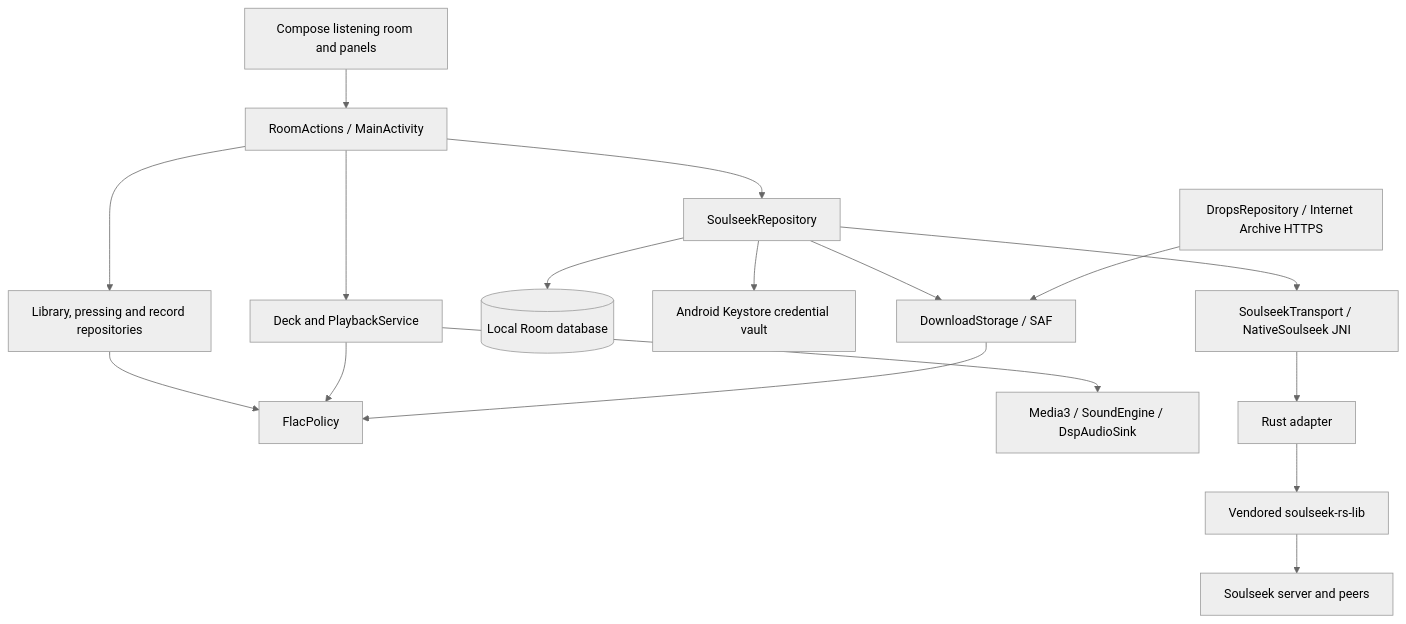
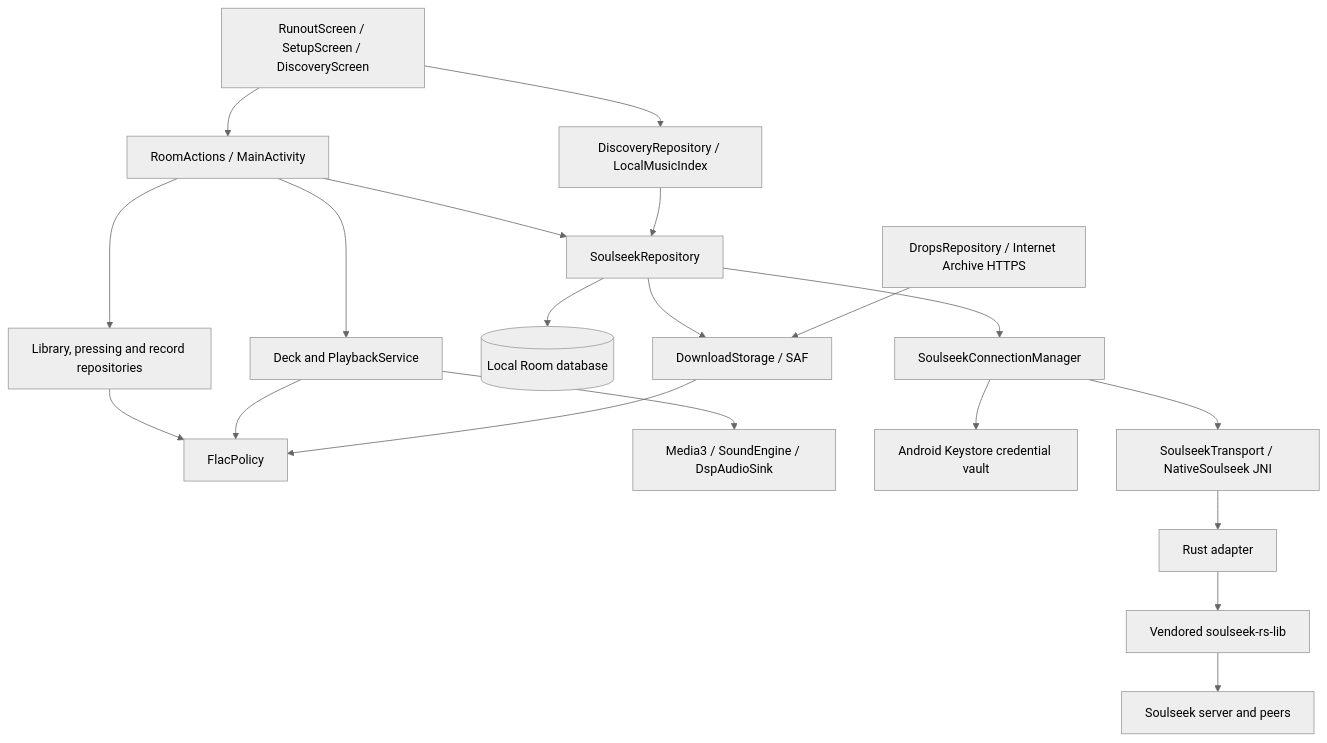
The diagram in docs/ARCHITECTURE.md (Abhinandan-Khurana/Sonic), drawn with Mermaid (neutral theme) before and after one commit. The commit also changed other lines of this file and 59 other files, not shown here.

Commit message:
fix(soulseek): stabilize sessions and stream FLAC discovery with guided setup

````diff
--- a/docs/ARCHITECTURE.md
+++ b/docs/ARCHITECTURE.md
@@ -5,19 +5,22 @@
 ```mermaid
 flowchart TD
-    UI[Compose listening room and panels] --> Actions[RoomActions / MainActivity]
+    UI[RunoutScreen / SetupScreen / DiscoveryScreen] --> Actions[RoomActions / MainActivity]
     Actions --> Library[Library, pressing and record repositories]
     Actions --> Soulseek[SoulseekRepository]
     Actions --> Deck[Deck and PlaybackService]
     Library --> FLAC[FlacPolicy]
     Deck --> FLAC
     Deck --> Audio[Media3 / SoundEngine / DspAudioSink]
     Soulseek --> DB[(Local Room database)]
-    Soulseek --> Vault[Android Keystore credential vault]
+    Soulseek --> Connection[SoulseekConnectionManager]
+    Connection --> Vault[Android Keystore credential vault]
+    UI --> Discovery[DiscoveryRepository / LocalMusicIndex]
+    Discovery --> Soulseek
     Soulseek --> Storage[DownloadStorage / SAF]
     Drops[DropsRepository / Internet Archive HTTPS] --> Storage
-    Soulseek --> Transport[SoulseekTransport / NativeSoulseek JNI]
+    Connection --> Transport[SoulseekTransport / NativeSoulseek JNI]
     Transport --> Bridge[Rust adapter]
     Bridge --> Core[Vendored soulseek-rs-lib]
     Core --> Network[Soulseek server and peers]
     Storage --> FLAC
 ```
````
